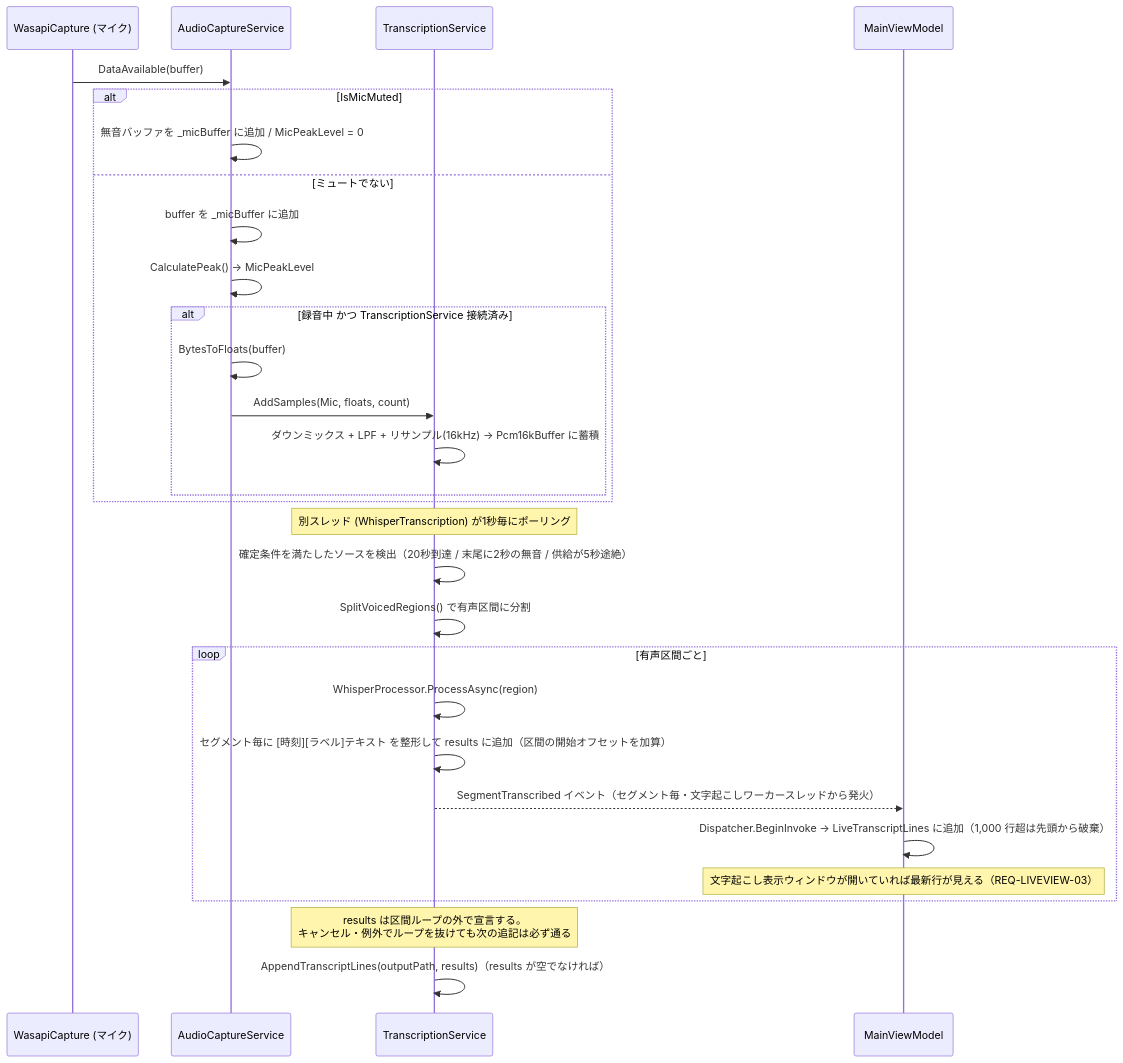
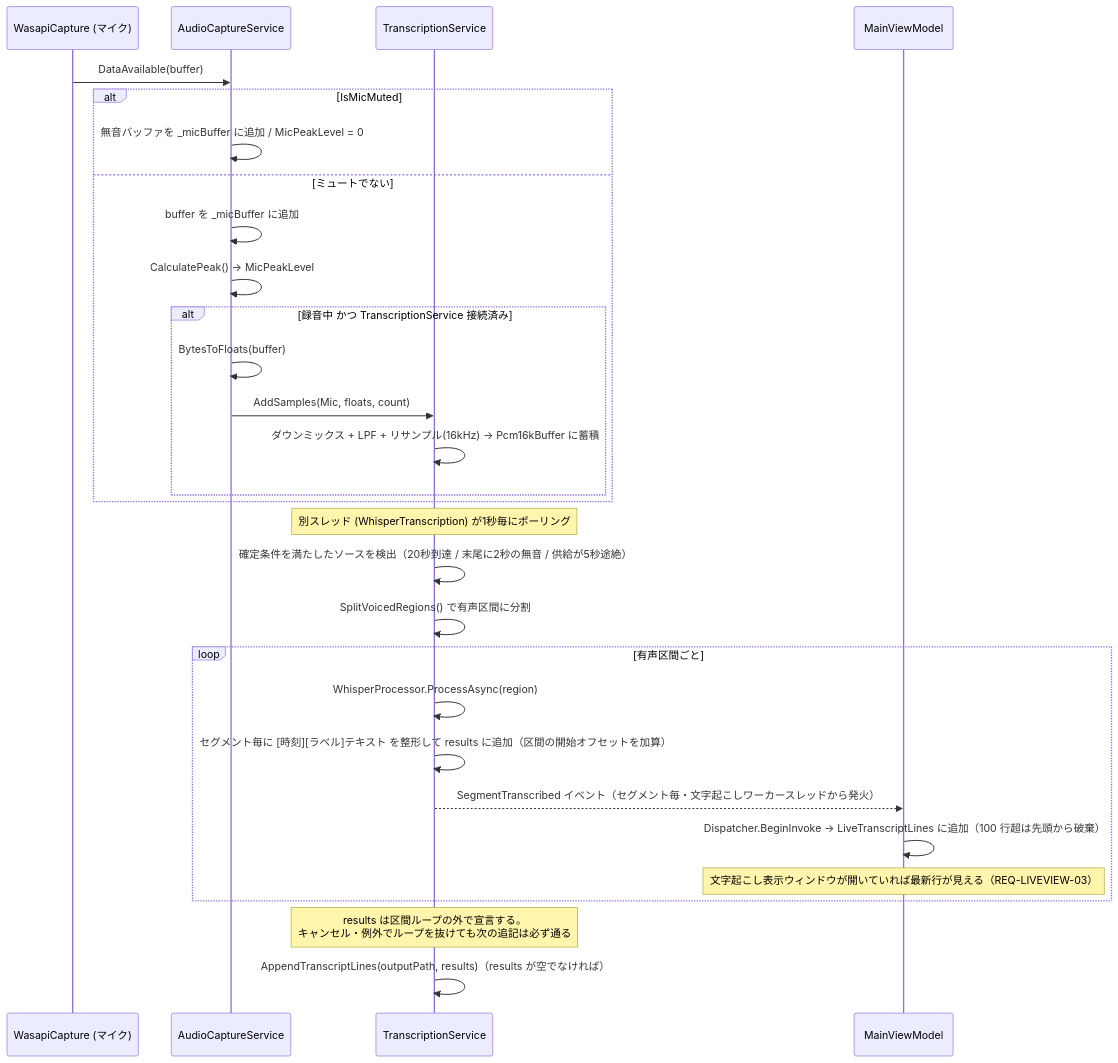
One commit to otomac/audio-capture-app changed the third of 7 diagrams in docs/spec/04_sequence_diagram.md. Above: the diagram before and after it, drawn with Mermaid. The commit also changed 2 other files, not shown here.

Commit message:
T131/T132 仕様書の記述ゆれと重複要件 ID を直す
T131: 04_sequence_diagram.md のライブ文字起こしの図が表示上限を
「1,000 行超は先頭から破棄」と書いていたが、T130 で上限は 100 行に
変わっていた。REQ-LIVEVIEW-04 および MainViewModel.MaxLiveTranscriptLines
と一致させる。

T132: 01_requirements.md §8 で REQ-TRX-LIVE-06 が 2 行に重複して
振られていた。ID は再利用しない規約（50-spec-standards §3）に反する。
後者「セッション終了処理は最大 30 秒待機」は REQ-TRX-LIVE-11 に内容が
完全に含まれるため行ごと削除し、REQ-TRX-LIVE-06 は _sessionClock の
要件 1 件のみとした。

コード変更なし（仕様書のみ）。

````diff
--- a/docs/spec/04_sequence_diagram.md
+++ b/docs/spec/04_sequence_diagram.md
@@ -80,33 +80,33 @@
 ```mermaid
 sequenceDiagram
     participant Mic as WasapiCapture (マイク)
     participant ACS as AudioCaptureService
     participant TS as TranscriptionService
     participant VM as MainViewModel
 
     Mic->>ACS: DataAvailable(buffer)
     alt IsMicMuted
         ACS->>ACS: 無音バッファを _micBuffer に追加 / MicPeakLevel = 0
     else ミュートでない
         ACS->>ACS: buffer を _micBuffer に追加
         ACS->>ACS: CalculatePeak() → MicPeakLevel
         alt 録音中 かつ TranscriptionService 接続済み
             ACS->>ACS: BytesToFloats(buffer)
             ACS->>TS: AddSamples(Mic, floats, count)
             TS->>TS: ダウンミックス + LPF + リサンプル(16kHz) → Pcm16kBuffer に蓄積
         end
     end
 
     Note over TS: 別スレッド (WhisperTranscription) が1秒毎にポーリング
     TS->>TS: 確定条件を満たしたソースを検出（20秒到達 / 末尾に2秒の無音 / 供給が5秒途絶）
     TS->>TS: SplitVoicedRegions() で有声区間に分割
     loop 有声区間ごと
         TS->>TS: WhisperProcessor.ProcessAsync(region)
         TS->>TS: セグメント毎に [時刻][ラベル]テキスト を整形して results に追加（区間の開始オフセットを加算）
         TS-->>VM: SegmentTranscribed イベント（セグメント毎・文字起こしワーカースレッドから発火）
-        VM->>VM: Dispatcher.BeginInvoke → LiveTranscriptLines に追加（1,000 行超は先頭から破棄）
+        VM->>VM: Dispatcher.BeginInvoke → LiveTranscriptLines に追加（100 行超は先頭から破棄）
         Note over VM: 文字起こし表示ウィンドウが開いていれば最新行が見える（REQ-LIVEVIEW-03）
     end
     Note over TS: results は区間ループの外で宣言する。<br/>キャンセル・例外でループを抜けても次の追記は必ず通る
     TS->>TS: AppendTranscriptLines(outputPath, results)（results が空でなければ）
 ```
````
